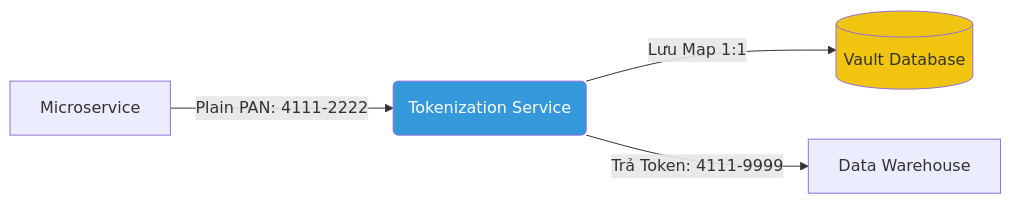
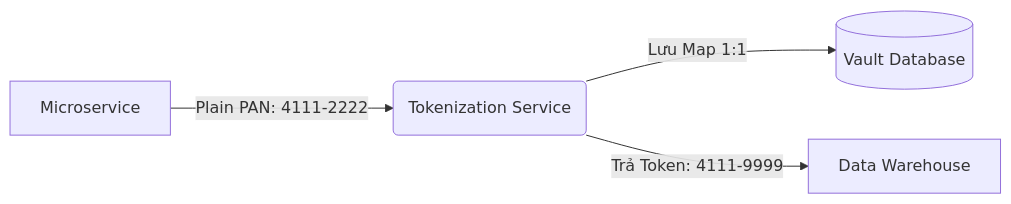
Before and after one commit to kythuatdulieu/kythuatdulieu.github.io: the second of 2 diagrams in src/content/docs/concepts/8-security-governance-finops/data-masking-encryption.md, drawn with Mermaid. The commit also changed 682 other files, not shown here.

````diff
--- a/src/content/docs/concepts/8-security-governance-finops/data-masking-encryption.md
+++ b/src/content/docs/concepts/8-security-governance-finops/data-masking-encryption.md
@@ -141,9 +141,8 @@
 ```mermaid
 graph LR
     A[Microservice] -->|Plain PAN: 4111-2222| B(Tokenization Service)
     B -->|Lưu Map 1:1| C[(Vault Database)]
     B -->|Trả Token: 4111-9999| D[Data Warehouse]
-    
-    style B fill:#3498db,color:#fff
-    style C fill:#f1c40f,color:#333
+
+
 ```
````
